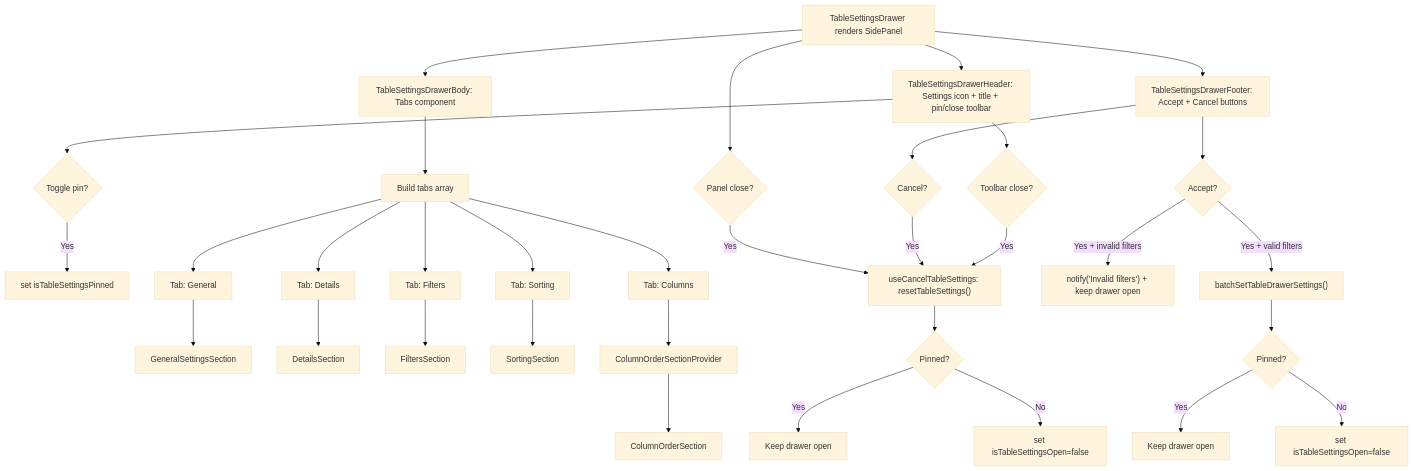
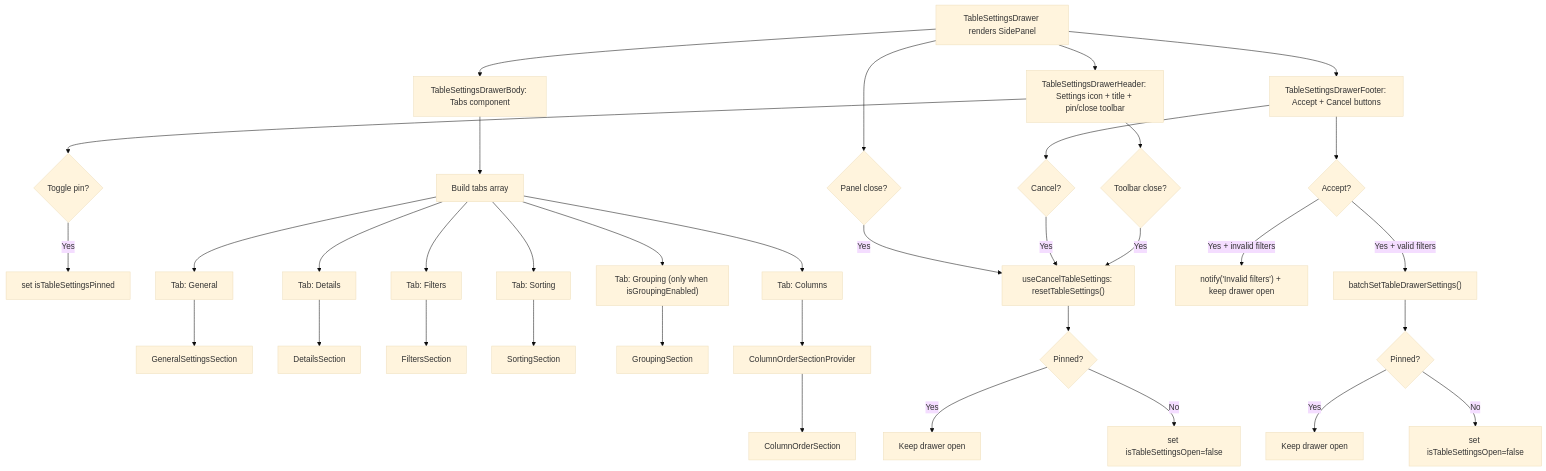
The second of 3 diagrams in packages/ui/src/components/Table/TableSettingsDrawer/ARCHITECTURE.md (luciocabrera/lcabrera-stack), drawn with Mermaid (base theme) before and after one commit. The commit also changed other lines of this file and 138 other files, not shown here.

````diff
--- a/packages/ui/src/components/Table/TableSettingsDrawer/ARCHITECTURE.md
+++ b/packages/ui/src/components/Table/TableSettingsDrawer/ARCHITECTURE.md
@@ -167,43 +178,46 @@
 ```mermaid
 graph TD
   A["TableSettingsDrawer renders SidePanel"] --> O["TableSettingsDrawerHeader: Settings icon + title + pin/close toolbar"]
   A --> P["TableSettingsDrawerBody: Tabs component"]
   A --> Q["TableSettingsDrawerFooter: Accept + Cancel buttons"]
 
   O --> W{"Toggle pin?"}
   W -->|Yes| X["set isTableSettingsPinned"]
   O --> C2{"Toolbar close?"}
   C2 -->|Yes| V
 
   P --> D["Build tabs array"]
 
   D --> E["Tab: General"]
   E --> F["GeneralSettingsSection"]
 
   D --> E2["Tab: Details"]
   E2 --> F2["DetailsSection"]
 
   D --> G["Tab: Filters"]
   G --> H["FiltersSection"]
 
   D --> I["Tab: Sorting"]
   I --> J["SortingSection"]
 
+  D --> I2["Tab: Grouping (only when isGroupingEnabled)"]
+  I2 --> J2["GroupingSection"]
+
   D --> K["Tab: Columns"]
   K --> L["ColumnOrderSectionProvider"]
   L --> M["ColumnOrderSection"]
 
   Q --> R{"Accept?"}
   R -->|Yes + invalid filters| S["notify('Invalid filters') + keep drawer open"]
   R -->|Yes + valid filters| T["batchSetTableDrawerSettings()"]
   T --> U{"Pinned?"}
   U -->|Yes| K1["Keep drawer open"]
   U -->|No| K2["set isTableSettingsOpen=false"]
   Q --> C{"Cancel?"}
   C -->|Yes| V["useCancelTableSettings: resetTableSettings()"]
   A --> C3{"Panel close?"}
   C3 -->|Yes| V
   V --> P2{"Pinned?"}
   P2 -->|Yes| K3["Keep drawer open"]
   P2 -->|No| K4["set isTableSettingsOpen=false"]
 ```
````
